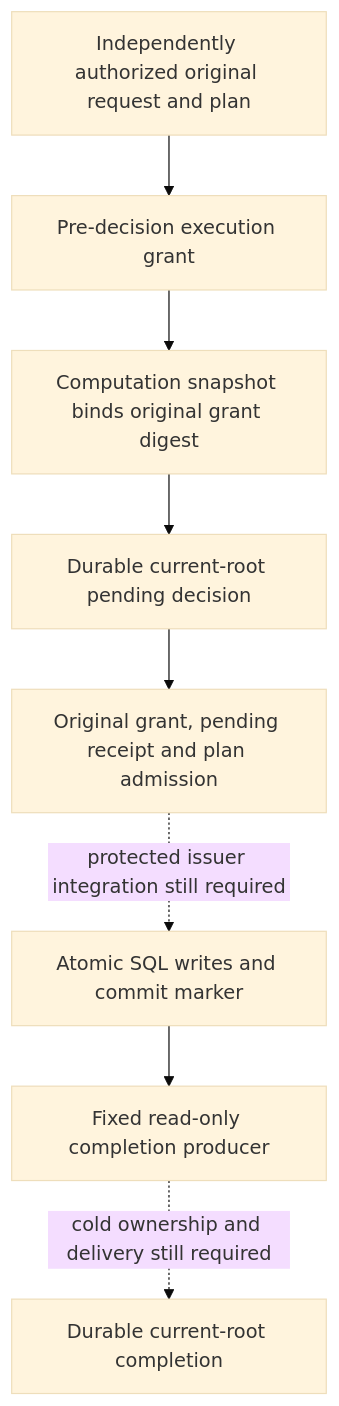
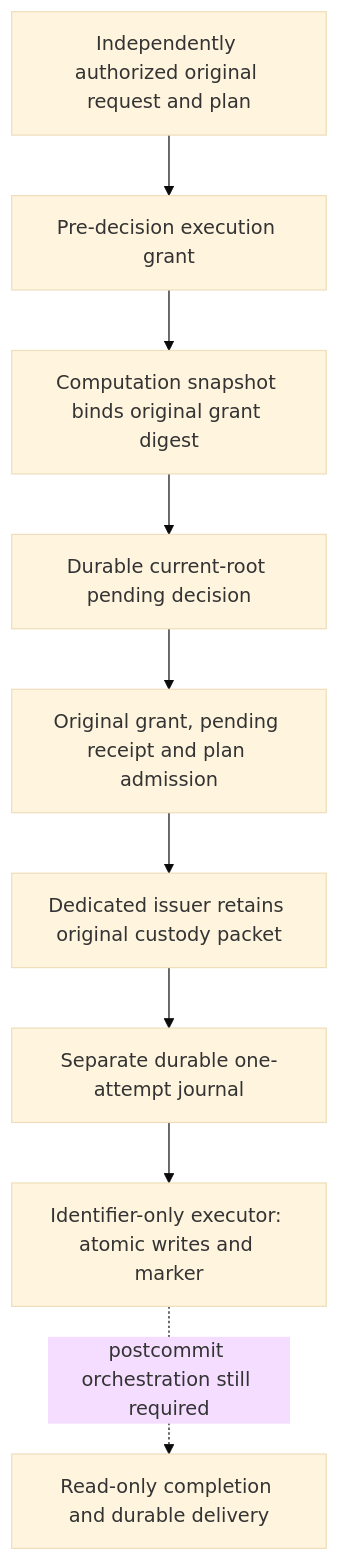
One commit to AndrewMohawk/catchplate changed the diagram in docs/authority-successor-execution.md. Above: the diagram before and after it, drawn with Mermaid (base theme). The commit also changed other lines of this file and 18 other files, not shown here.

Commit message:
Connect protected successor custody to atomic execution owners

````diff
--- a/docs/authority-successor-execution.md
+++ b/docs/authority-successor-execution.md
@@ -10,10 +13,11 @@
 ```mermaid
 flowchart TD
     A[Independently authorized original request and plan] --> B[Pre-decision execution grant]
     B --> C[Computation snapshot binds original grant digest]
     C --> D[Durable current-root pending decision]
     D --> E[Original grant, pending receipt and plan admission]
-    E -. protected issuer integration still required .-> F[Atomic SQL writes and commit marker]
-    F --> G[Fixed read-only completion producer]
-    G -. cold ownership and delivery still required .-> H[Durable current-root completion]
+    E --> F[Dedicated issuer retains original custody packet]
+    F --> G[Separate durable one-attempt journal]
+    G --> H[Identifier-only executor: atomic writes and marker]
+    H -. postcommit orchestration still required .-> I[Read-only completion and durable delivery]
 ```
````
